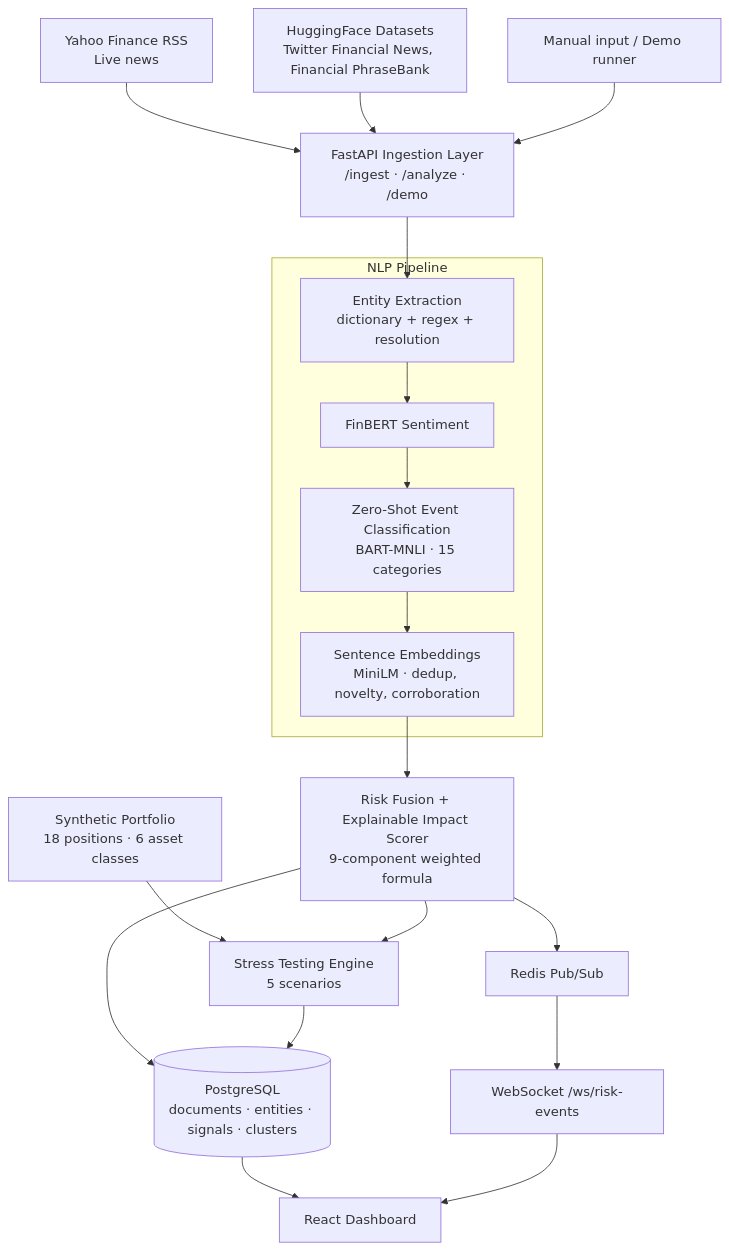
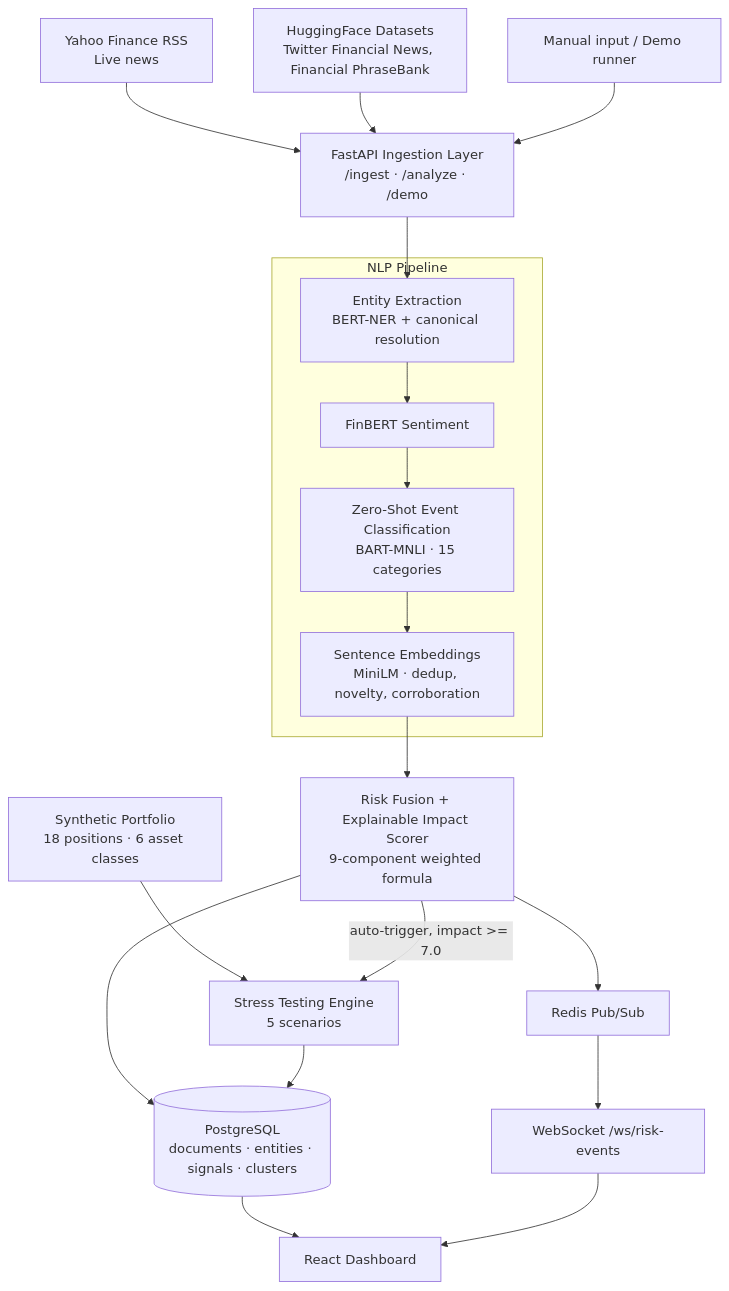
Before and after one commit to PulkitAg13/VIT_Bhopal_University-Pulkit_Agrawal-Hackathon_: the diagram in README.md, drawn with Mermaid. The commit also changed other lines of this file, not shown here.

````diff
--- a/README.md
+++ b/README.md
@@ -62,26 +62,26 @@
 ```mermaid
 flowchart TD
     A[Yahoo Finance RSS<br/>Live news] --> D
     B[HuggingFace Datasets<br/>Twitter Financial News, Financial PhraseBank] --> D
     C[Manual input / Demo runner] --> D
 
     D[FastAPI Ingestion Layer<br/>/ingest · /analyze · /demo] --> E
 
     subgraph NLP[NLP Pipeline]
-        E[Entity Extraction<br/>dictionary + regex + resolution] --> F[FinBERT Sentiment]
+        E[Entity Extraction<br/>BERT-NER + canonical resolution] --> F[FinBERT Sentiment]
         F --> G[Zero-Shot Event Classification<br/>BART-MNLI · 15 categories]
         G --> H[Sentence Embeddings<br/>MiniLM · dedup, novelty, corroboration]
     end
 
     H --> I[Risk Fusion + Explainable Impact Scorer<br/>9-component weighted formula]
     I --> J[(PostgreSQL<br/>documents · entities · signals · clusters)]
     I --> K[Redis Pub/Sub]
     K --> L[WebSocket /ws/risk-events]
 
     M[Synthetic Portfolio<br/>18 positions · 6 asset classes] --> N[Stress Testing Engine<br/>5 scenarios]
-    I --> N
+    I -->|auto-trigger, impact >= 7.0| N
     N --> J
 
     J --> O[React Dashboard]
     L --> O
 ```
````
